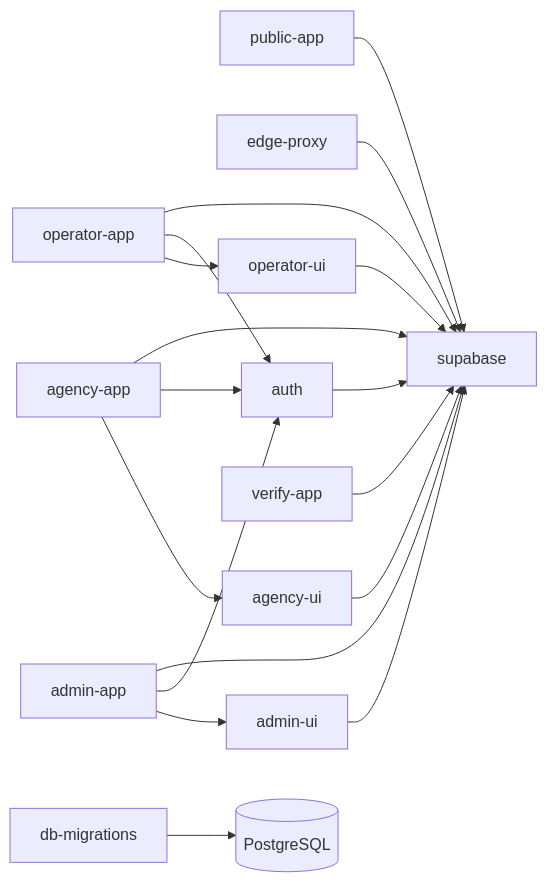
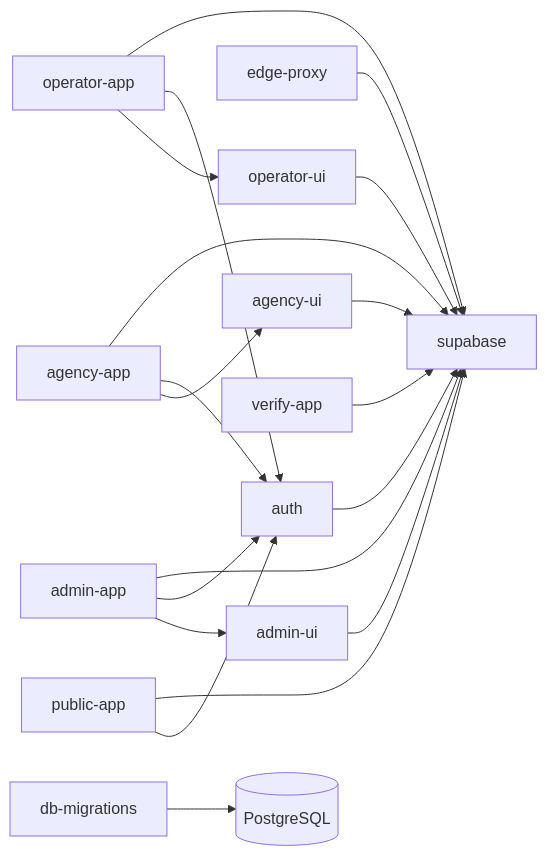
The diagram in docs/architecture/module-map.md (Studios-TKOH/galapagos-app), drawn with Mermaid before and after one commit. The commit also changed other lines of this file, not shown here.

Commit message:
docs(architecture): declare public app auth dependency

````diff
--- a/docs/architecture/module-map.md
+++ b/docs/architecture/module-map.md
@@ -39,20 +40,21 @@
 ```mermaid
 flowchart LR
-  Public[public-app] --> Supa[supabase]
+  Public[public-app] --> Auth[auth]
+  Public --> Supa[supabase]
   Proxy[edge-proxy] --> Supa
   Admin[admin-app] --> AdminUI[admin-ui]
-  Admin --> Auth[auth]
+  Admin --> Auth
   Admin --> Supa
   Agency[agency-app] --> AgencyUI[agency-ui]
   Agency --> Auth
   Agency --> Supa
   Operator[operator-app] --> OperatorUI[operator-ui]
   Operator --> Auth
   Operator --> Supa
   Verify[verify-app] --> Supa
   AdminUI --> Supa
   AgencyUI --> Supa
   OperatorUI --> Supa
   Auth --> Supa
   DB[db-migrations] --> PG[(PostgreSQL)]
 ```
````
